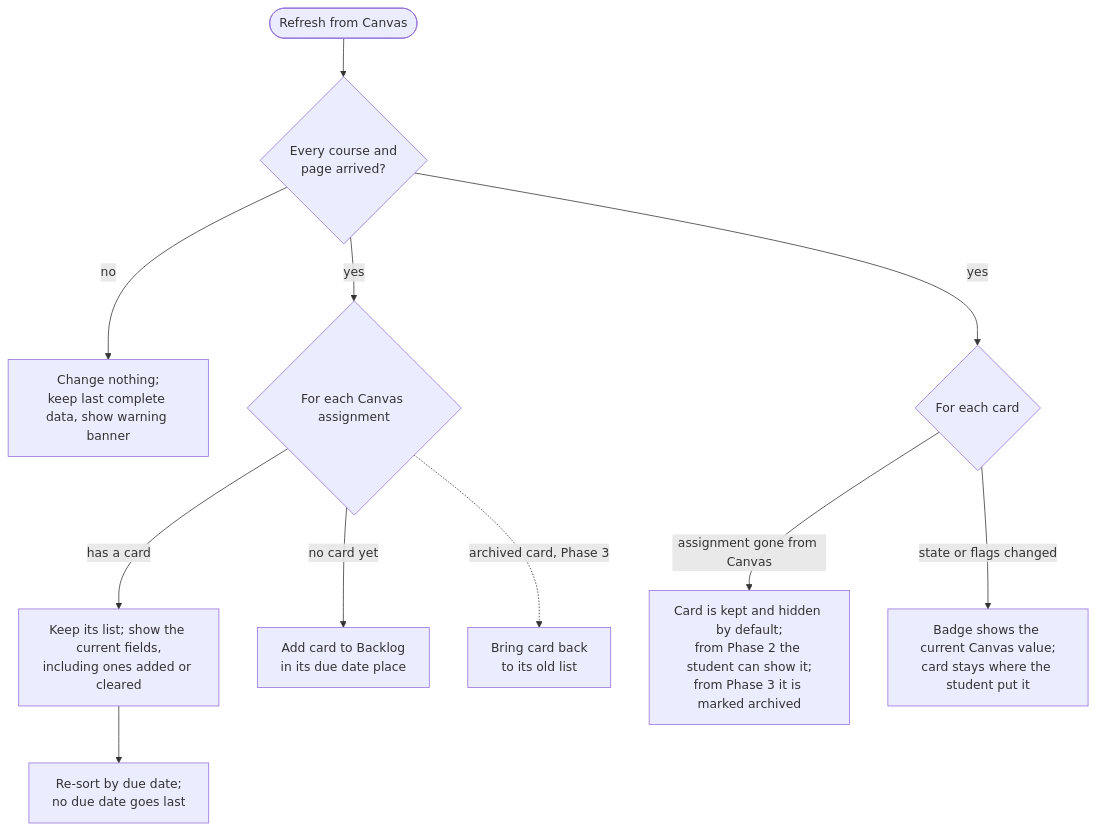
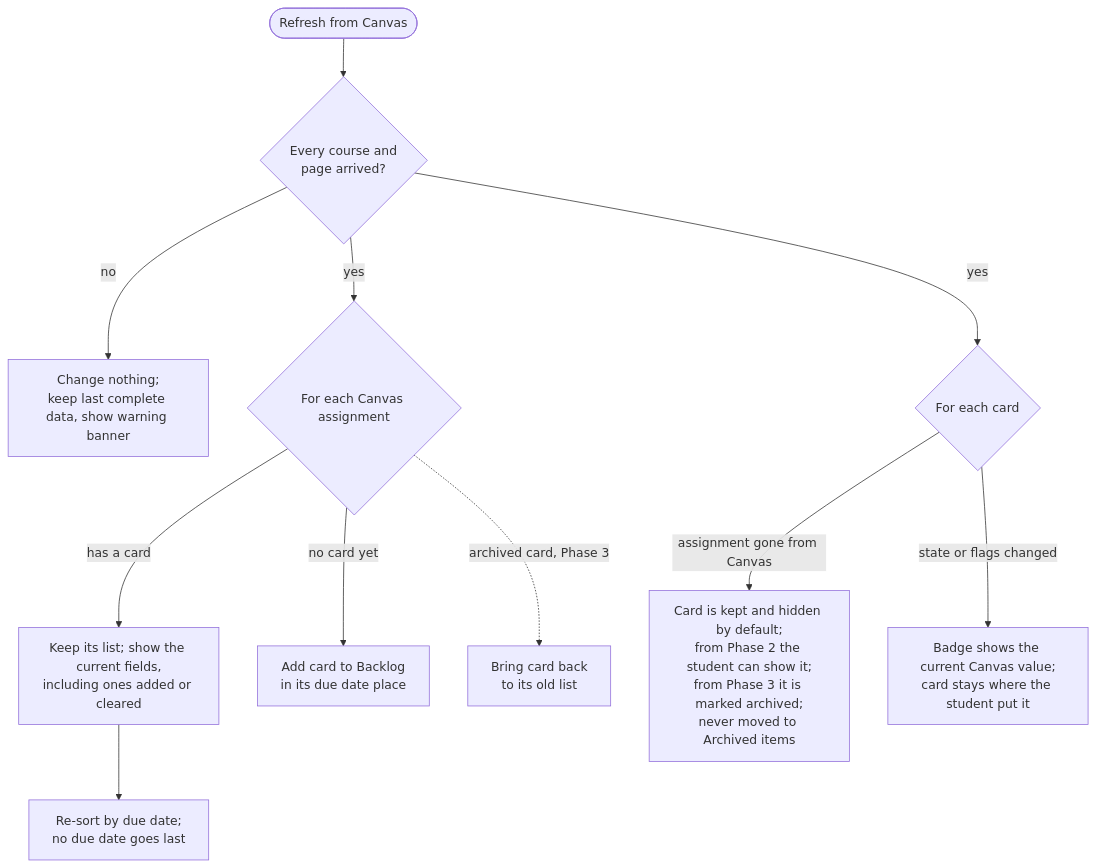
One commit to bbranton/TestProj changed the sixth of 9 diagrams in docs/canvas-portal/04-ui-specification.md. Above: the diagram before and after it, drawn with Mermaid. The commit also changed other lines of this file, not shown here.

First line of the commit message:
UI spec: keep cards removed from Canvas out of the board menu

````diff
--- a/docs/canvas-portal/04-ui-specification.md
+++ b/docs/canvas-portal/04-ui-specification.md
@@ -780,13 +783,13 @@
 ```mermaid
 flowchart TD
     A([Refresh from Canvas]) --> Z{Every course and<br/>page arrived?}
     Z -- no --> Y[Change nothing;<br/>keep last complete data, show warning banner]
     Z -- yes --> B{For each Canvas assignment}
     B -- has a card --> C[Keep its list; show the current fields,<br/>including ones added or cleared]
     C --> C2[Re-sort by due date;<br/>no due date goes last]
     B -- no card yet --> D[Add card to Backlog<br/>in its due date place]
     B -. archived card, Phase 3 .-> R[Bring card back<br/>to its old list]
     Z -- yes --> E{For each card}
-    E -- assignment gone from Canvas --> F[Card is kept and hidden by default;<br/>from Phase 2 the student can show it;<br/>from Phase 3 it is marked archived]
+    E -- assignment gone from Canvas --> F[Card is kept and hidden by default;<br/>from Phase 2 the student can show it;<br/>from Phase 3 it is marked archived;<br/>never moved to Archived items]
     E -- state or flags changed --> G[Badge shows the current Canvas value;<br/>card stays where the student put it]
 ```
````
